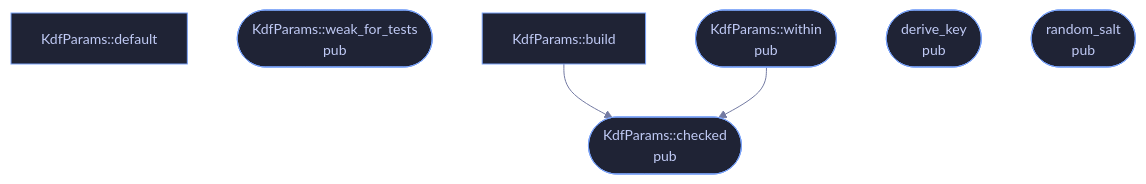
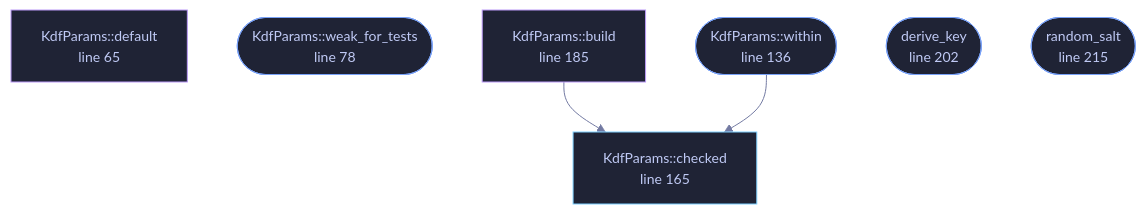
The diagram in docs/files/veilvoice-crypto/kdf.md (tilas01/veilvoice), drawn with Mermaid before and after one commit. The commit also changed other lines of this file and 182 other files, not shown here.

````diff
--- a/docs/files/veilvoice-crypto/kdf.md
+++ b/docs/files/veilvoice-crypto/kdf.md
@@ -75,13 +94,19 @@
 ```mermaid
 %%{init: {"theme":"base","themeVariables":{"background":"#1a1b26","primaryColor":"#1f2335","primaryTextColor":"#c0caf5","primaryBorderColor":"#7aa2f7","secondaryColor":"#16161e","tertiaryColor":"#16161e","lineColor":"#737aa2","textColor":"#c0caf5","mainBkg":"#1f2335","nodeBorder":"#7aa2f7","clusterBkg":"#16161e","clusterBorder":"#2f3549","fontFamily":"ui-monospace, SFMono-Regular, Consolas, monospace","fontSize":"14px"}}}%%
 flowchart TD
-    n_default["KdfParams::default"]
-    n_weak_for_tests(["KdfParams::weak_for_tests<br/>pub"])
-    n_within(["KdfParams::within<br/>pub"])
-    n_checked(["KdfParams::checked<br/>pub"])
-    n_build["KdfParams::build"]
-    n_derive_key(["derive_key<br/>pub"])
-    n_random_salt(["random_salt<br/>pub"])
+    n_default["KdfParams::default<br/>line 65"]
+    n_weak_for_tests(["KdfParams::weak_for_tests<br/>line 78"])
+    n_within(["KdfParams::within<br/>line 136"])
+    n_checked["KdfParams::checked<br/>line 165"]
+    n_build["KdfParams::build<br/>line 185"]
+    n_derive_key(["derive_key<br/>line 202"])
+    n_random_salt(["random_salt<br/>line 215"])
     n_build --> n_checked
     n_within --> n_checked
+    classDef entry fill:#1f2335,stroke:#7aa2f7,color:#c0caf5
+    class n_weak_for_tests,n_within,n_derive_key,n_random_salt entry
+    classDef api fill:#1f2335,stroke:#7dcfff,color:#c0caf5
+    class n_checked api
+    classDef helper fill:#1f2335,stroke:#bb9af7,color:#c0caf5
+    class n_default,n_build helper
 ```
````
